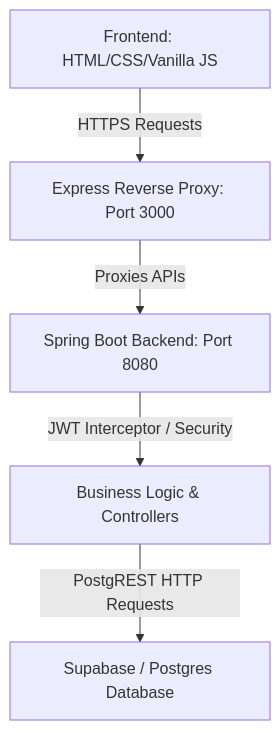
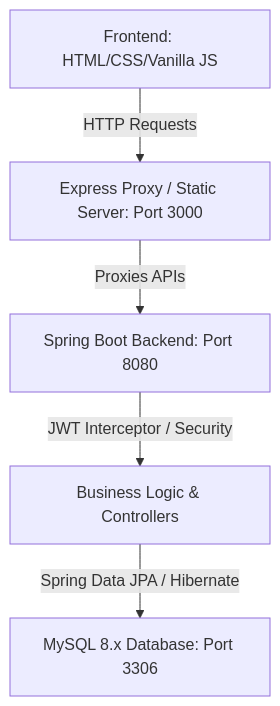
One commit to viraj3106/Hesk changed the first of 3 diagrams in README.md. Above: the diagram before and after it, drawn with Mermaid. The commit also changed other lines of this file and 51 other files, not shown here.

Commit message:
feat: complete Spring Boot backend with JPA repositories, MySQL/Postgres migration, documentation & Docker setup

````diff
--- a/README.md
+++ b/README.md
@@ -60,7 +62,7 @@
 ```mermaid
 graph TD
-    A[Frontend: HTML/CSS/Vanilla JS] -->|HTTPS Requests| B[Express Reverse Proxy: Port 3000]
+    A[Frontend: HTML/CSS/Vanilla JS] -->|HTTP Requests| B[Express Proxy / Static Server: Port 3000]
     B -->|Proxies APIs| C[Spring Boot Backend: Port 8080]
     C -->|JWT Interceptor / Security| D[Business Logic & Controllers]
-    D -->|PostgREST HTTP Requests| E[Supabase / Postgres Database]
+    D -->|Spring Data JPA / Hibernate| E[MySQL 8.x Database: Port 3306]
 ```
````
